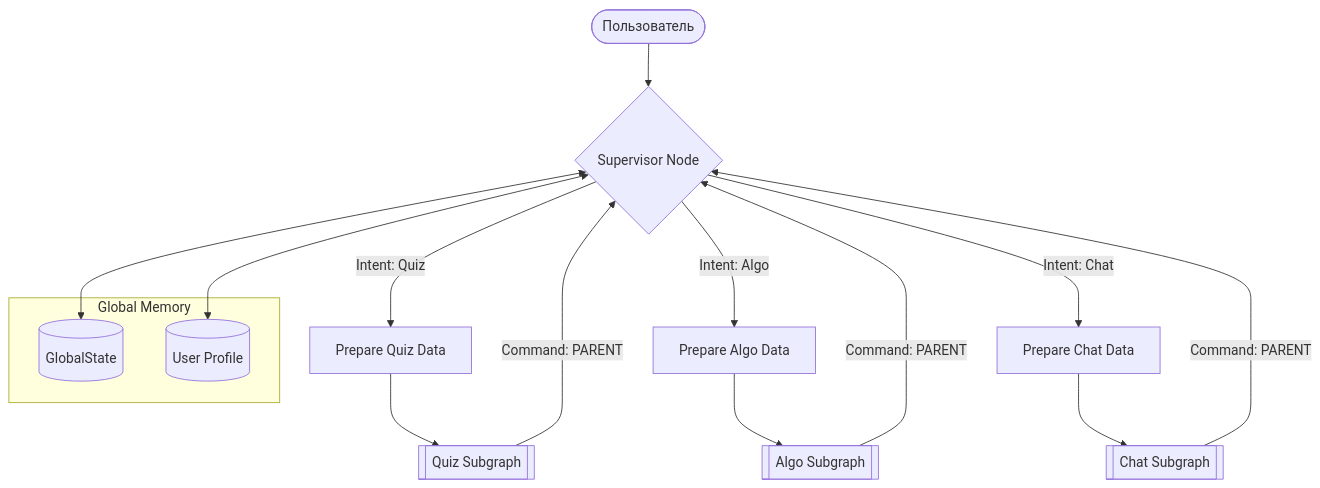
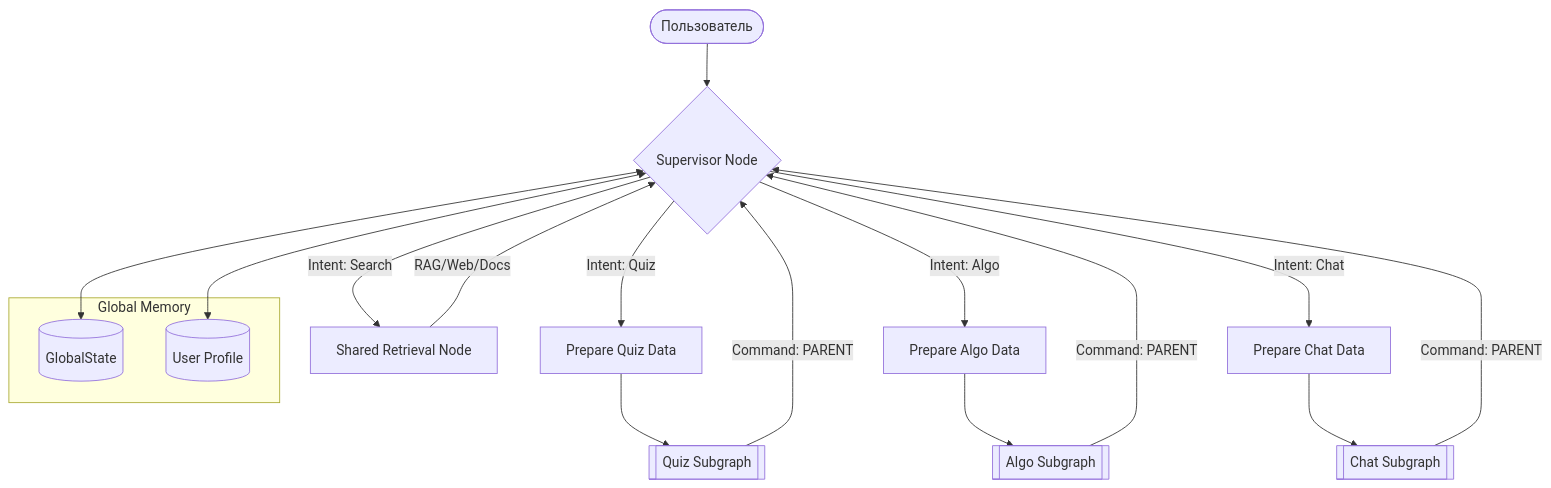
The first of 4 diagrams in docs/agent_documentation.md (Lifelong-Learning-Assisttant/agent_service), drawn with Mermaid before and after one commit. The commit also changed other lines of this file, not shown here.

````diff
--- a/docs/agent_documentation.md
+++ b/docs/agent_documentation.md
@@ -15,24 +15,27 @@
 ```mermaid
 graph TD
     User([Пользователь]) --> Supervisor{Supervisor Node}
     
     subgraph "Global Memory"
         State[(GlobalState)]
         Profile[(User Profile)]
     end
     
     Supervisor <--> State
     Supervisor <--> Profile
     
     Supervisor --"Intent: Quiz"--> QuizHandoff[Prepare Quiz Data]
     Supervisor --"Intent: Algo"--> AlgoHandoff[Prepare Algo Data]
     Supervisor --"Intent: Chat"--> ChatHandoff[Prepare Chat Data]
+    Supervisor --"Intent: Search"--> GlobalSearch[Shared Retrieval Node]
     
     QuizHandoff --> QuizGraph[[Quiz Subgraph]]
     AlgoHandoff --> AlgoGraph[[Algo Subgraph]]
     ChatHandoff --> ChatGraph[[Chat Subgraph]]
     
+    GlobalSearch --"RAG/Web/Docs"--> Supervisor
+    
     QuizGraph --"Command: PARENT"--> Supervisor
     AlgoGraph --"Command: PARENT"--> Supervisor
     ChatGraph --"Command: PARENT"--> Supervisor
 ```
````
